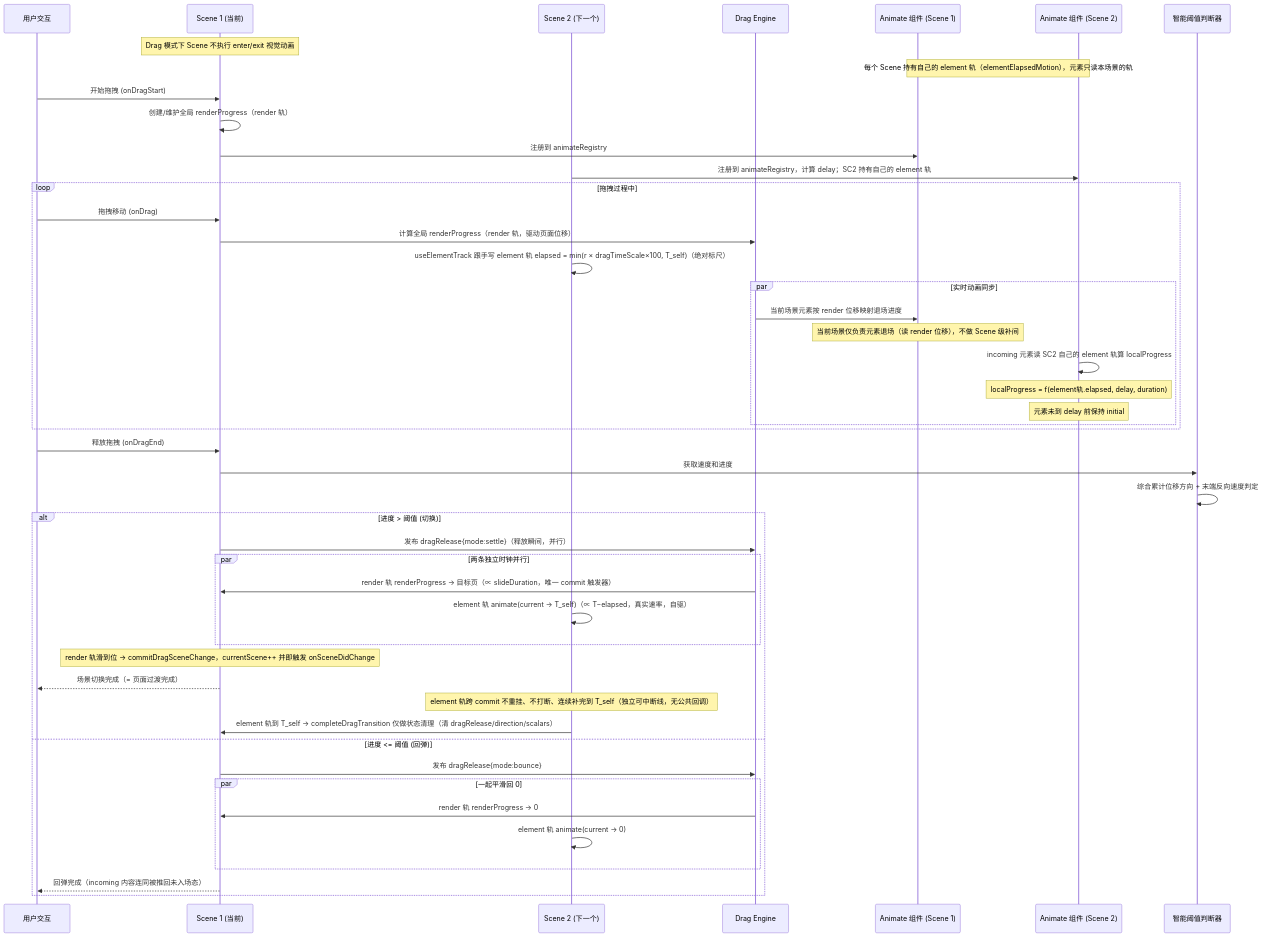
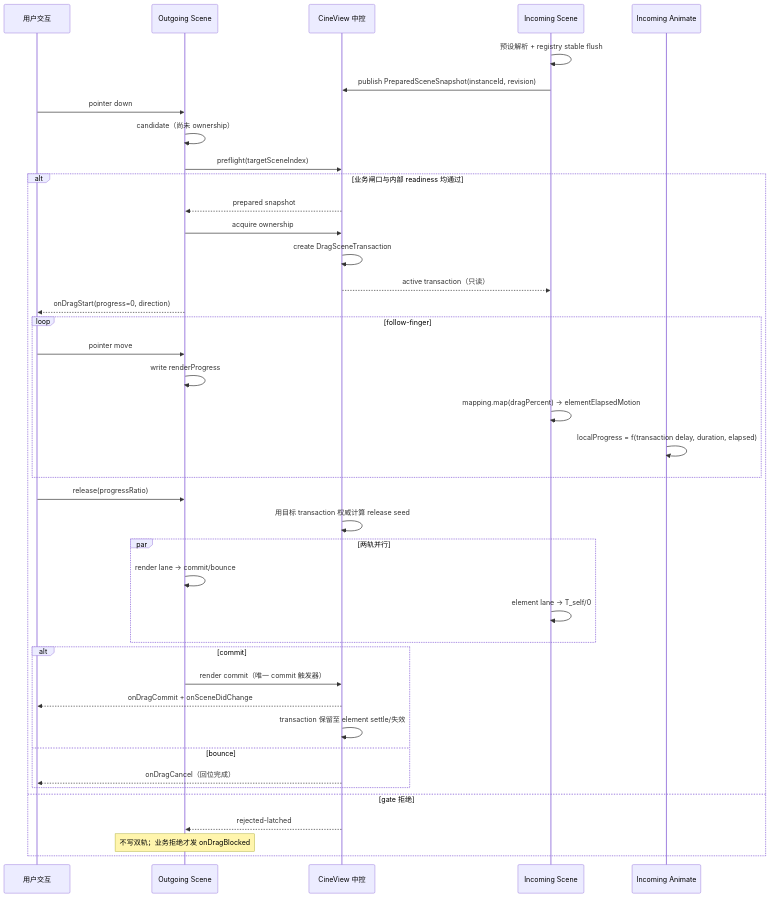
The third of 4 diagrams in DESIGN.md (AlienMu/cineview), drawn with Mermaid before and after one commit. The commit also changed other lines of this file and 159 other files, not shown here.

````diff
--- a/DESIGN.md
+++ b/DESIGN.md
@@ -444,57 +558,44 @@
 ```mermaid
 sequenceDiagram
     participant User as 用户交互
-    participant SC1 as Scene 1 (当前)
-    participant SC2 as Scene 2 (下一个)
-    participant DE as Drag Engine
-    participant A1 as Animate 组件 (Scene 1)
-    participant A2 as Animate 组件 (Scene 2)
-    participant TH as 智能阈值判断器
+    participant Out as Outgoing Scene
+    participant Root as CineView 中控
+    participant In as Incoming Scene
+    participant El as Incoming Animate
 
-    Note over SC1: Drag 模式下 Scene 不执行 enter/exit 视觉动画
-    Note over A1,A2: 每个 Scene 持有自己的 element 轨（elementElapsedMotion），元素只读本场景的轨
+    In->>In: 预设解析 + registry stable flush
+    In->>Root: publish PreparedSceneSnapshot(instanceId, revision)
+    User->>Out: pointer down
+    Out->>Out: candidate（尚未 ownership）
+    Out->>Root: preflight(targetSceneIndex)
 
-    User->>SC1: 开始拖拽 (onDragStart)
-    SC1->>SC1: 创建/维护全局 renderProgress（render 轨）
-    SC1->>A1: 注册到 animateRegistry
-    SC2->>A2: 注册到 animateRegistry，计算 delay；SC2 持有自己的 element 轨
-
-    loop 拖拽过程中
-        User->>SC1: 拖拽移动 (onDrag)
-        SC1->>DE: 计算全局 renderProgress（render 轨，驱动页面位移）
-        SC2->>SC2: useElementTrack 跟手写 element 轨 elapsed = min(r × dragTimeScale×100, T_self)（绝对标尺）
-
-        par 实时动画同步
-            DE->>A1: 当前场景元素按 render 位移映射退场进度
-            Note over A1: 当前场景仅负责元素退场（读 render 位移），不做 Scene 级补间
-
-            A2->>A2: incoming 元素读 SC2 自己的 element 轨算 localProgress
-            Note over A2: localProgress = f(element轨.elapsed, delay, duration)
-            Note over A2: 元素未到 delay 前保持 initial
+    alt 业务闸口与内部 readiness 均通过
+        Root-->>Out: prepared snapshot
+        Out->>Root: acquire ownership
+        Root->>Root: create DragSceneTransaction
+        Root-->>In: active transaction（只读）
+        Out-->>User: onDragStart(progress=0, direction)
+        loop follow-finger
+            User->>Out: pointer move
+            Out->>Out: write renderProgress
+            In->>In: mapping.map(dragPercent) → elementElapsedMotion
+            El->>El: localProgress = f(transaction delay, duration, elapsed)
         end
-    end
-
-    User->>SC1: 释放拖拽 (onDragEnd)
-    SC1->>TH: 获取速度和进度
-    TH->>TH: 综合累计位移方向 + 末端反向速度判定
-
-    alt 进度 > 阈值 (切换)
-        SC1->>DE: 发布 dragRelease{mode:settle}（释放瞬间，并行）
-        par 两条独立时钟并行
-            DE->>SC1: render 轨 renderProgress → 目标页（∝ slideDuration，唯一 commit 触发器）
-            SC2->>SC2: element 轨 animate(current → T_self)（∝ T−elapsed，真实速率，自驱）
+        User->>Out: release(progressRatio)
+        Root->>Root: 用目标 transaction 权威计算 release seed
+        par 两轨并行
+            Out->>Out: render lane → commit/bounce
+            In->>In: element lane → T_self/0
         end
-        Note over SC1: render 轨滑到位 → commitDragSceneChange，currentScene++ 并即触发 onSceneDidChange
-        SC1-->>User: 场景切换完成（= 页面过渡完成）
-        Note over SC2: element 轨跨 commit 不重挂、不打断、连续补完到 T_self（独立可中断线，无公共回调）
-        SC2->>SC1: element 轨到 T_self → completeDragTransition 仅做状态清理（清 dragRelease/direction/scalars）
-
-    else 进度 <= 阈值 (回弹)
-        SC1->>DE: 发布 dragRelease{mode:bounce}
-        par 一起平滑回 0
-            DE->>SC1: render 轨 renderProgress → 0
-            SC2->>SC2: element 轨 animate(current → 0)
+        alt commit
+            Out->>Root: render commit（唯一 commit 触发器）
+            Root-->>User: onDragCommit + onSceneDidChange
+            Root->>Root: transaction 保留至 element settle/失效
+        else bounce
+            Root-->>User: onDragCancel（回位完成）
         end
-        SC1-->>User: 回弹完成（incoming 内容连同被推回未入场态）
+    else gate 拒绝
+        Root-->>Out: rejected-latched
+        Note over Out: 不写双轨；业务拒绝才发 onDragBlocked
     end
 ```
````
